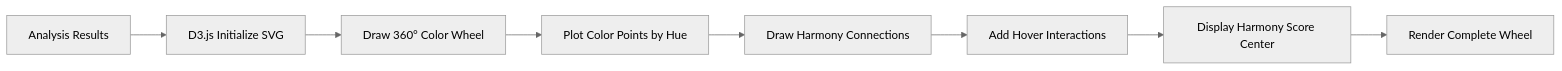
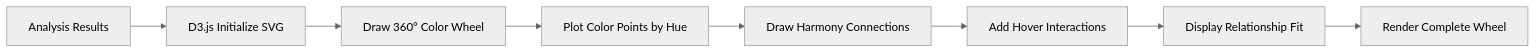
One commit to Artsen/ColorCraft changed the third of 7 diagrams in README.md. Above: the diagram before and after it, drawn with Mermaid (neutral theme). The commit also changed other lines of this file and 22 other files, not shown here.

````diff
--- a/README.md
+++ b/README.md
@@ -742,10 +742,10 @@
 ```mermaid
 graph LR
     A[Analysis Results] --> B[D3.js Initialize SVG]
     B --> C[Draw 360° Color Wheel]
     C --> D[Plot Color Points by Hue]
     D --> E[Draw Harmony Connections]
     E --> F[Add Hover Interactions]
-    F --> G[Display Harmony Score Center]
+    F --> G[Display Relationship Fit]
     G --> H[Render Complete Wheel]
 ```
````
